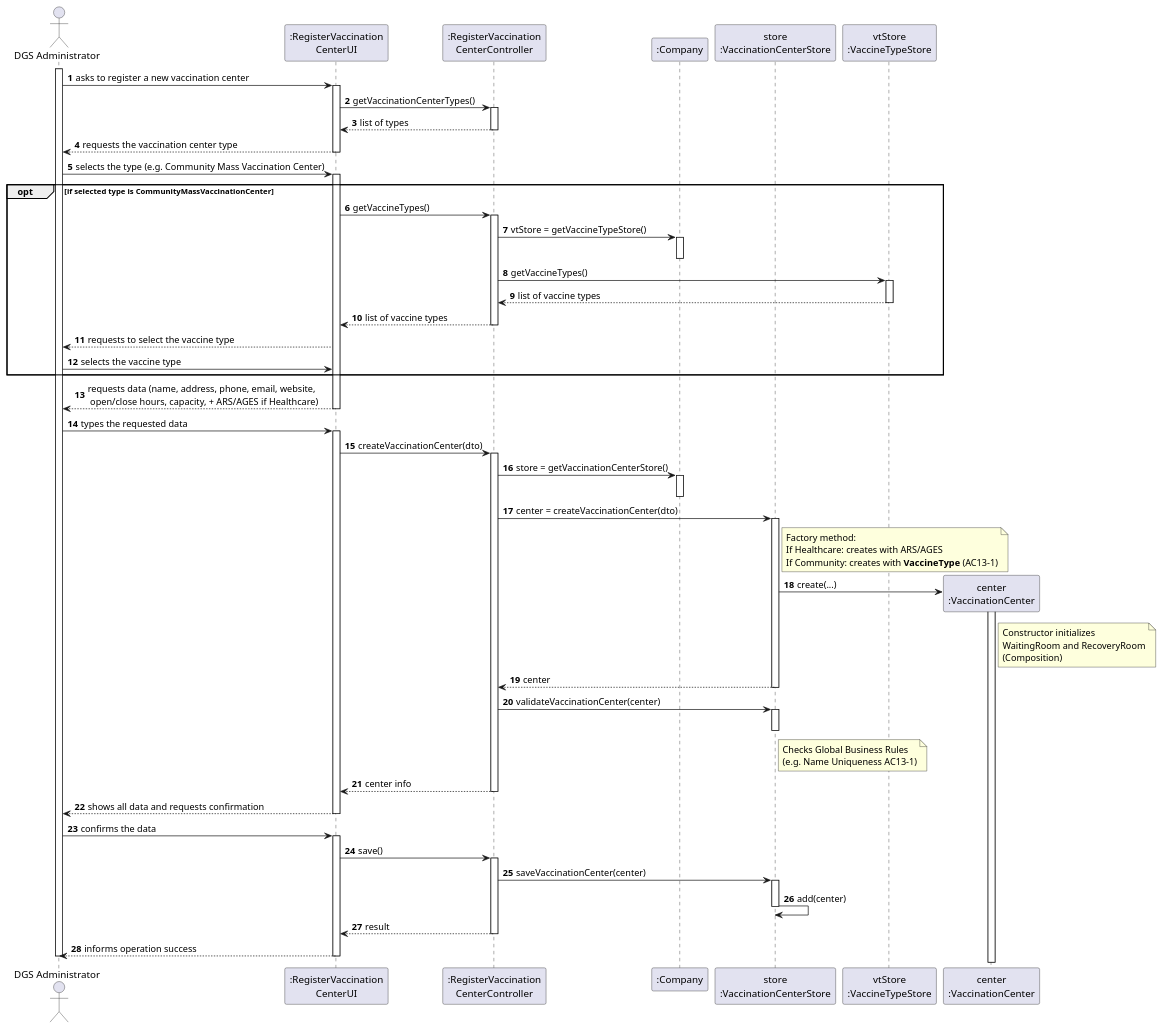
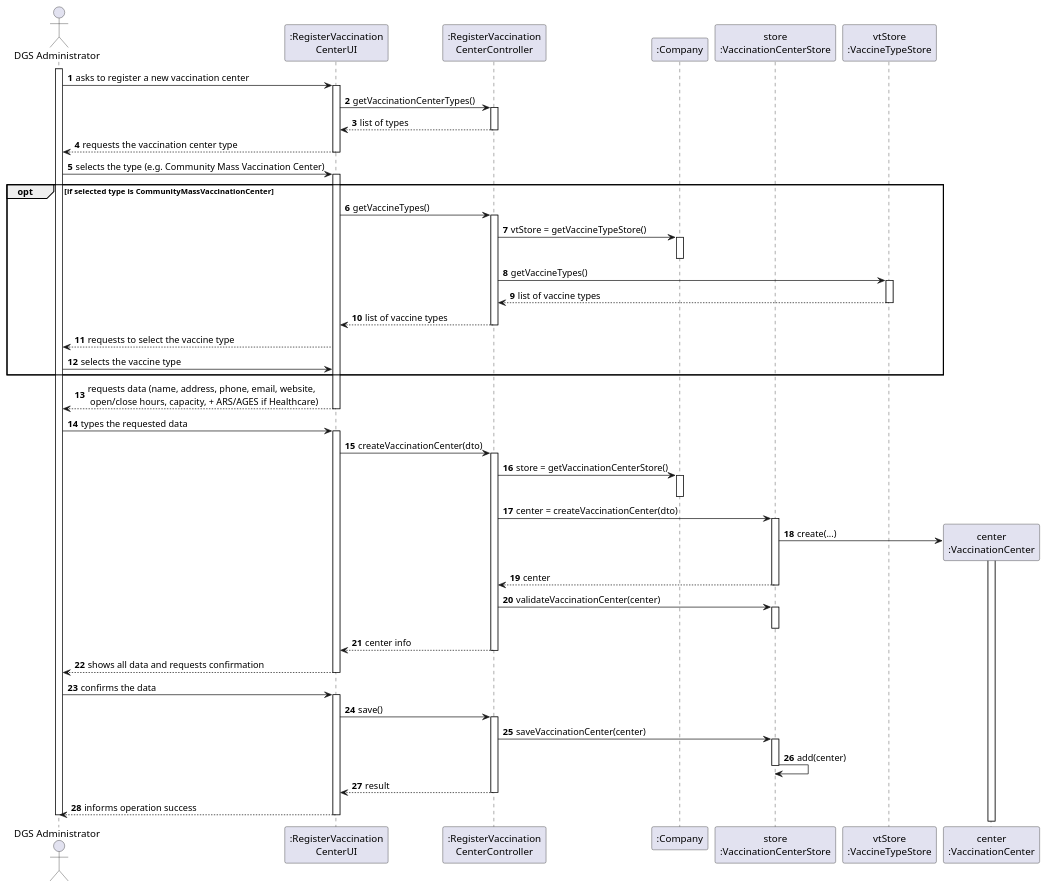
The diagram in project-template/docs/sprint3/US13/puml/US13-SD.puml (afonso51111/leti-esoft-25-26-A33), drawn with PlantUML before and after one commit. The commit also changed 36 other files, not shown here.

```diff
--- a/project-template/docs/sprint3/US13/puml/US13-SD.puml
+++ b/project-template/docs/sprint3/US13/puml/US13-SD.puml
@@ -1,111 +1,96 @@
 @startuml
 autonumber
 actor "DGS Administrator" as Admin
 participant ":RegisterVaccination\nCenterUI" as UI
 participant ":RegisterVaccination\nCenterController" as CTRL
 participant ":Company" as CMP
 participant "store\n:VaccinationCenterStore" as STORE
 participant "vtStore\n:VaccineTypeStore" as VTSTORE
 participant "center\n:VaccinationCenter" as CENTER
 
 activate Admin
 Admin -> UI : asks to register a new vaccination center
 activate UI
 
 UI -> CTRL : getVaccinationCenterTypes()
 activate CTRL
 CTRL --> UI : list of types
 deactivate CTRL
 
 UI --> Admin : requests the vaccination center type
 deactivate UI
 
 Admin -> UI : selects the type (e.g. Community Mass Vaccination Center)
 activate UI
 
 opt if selected type is CommunityMassVaccinationCenter
     UI -> CTRL : getVaccineTypes()
     activate CTRL
     CTRL -> CMP : vtStore = getVaccineTypeStore()
     activate CMP
     deactivate CMP
     CTRL -> VTSTORE : getVaccineTypes()
     activate VTSTORE
     VTSTORE --> CTRL : list of vaccine types
     deactivate VTSTORE
     CTRL --> UI : list of vaccine types
     deactivate CTRL
 
     UI --> Admin : requests to select the vaccine type
     Admin -> UI : selects the vaccine type
 end
 
 UI --> Admin : requests data (name, address, phone, email, website,\n open/close hours, capacity, + ARS/AGES if Healthcare)
 deactivate UI
 
 Admin -> UI : types the requested data
 activate UI
 
 UI -> CTRL : createVaccinationCenter(dto)
 activate CTRL
 
 CTRL -> CMP : store = getVaccinationCenterStore()
 activate CMP
 deactivate CMP
 
 CTRL -> STORE : center = createVaccinationCenter(dto)
 activate STORE
 
-    note right of STORE
-        Factory method:
-        If Healthcare: creates with ARS/AGES
-        If Community: creates with **VaccineType** (AC13-1)
-    end note
+create CENTER
+STORE -> CENTER : create(...)
 
-    create CENTER
-    STORE -> CENTER : create(...)
-
-    activate CENTER
-        note right of CENTER
-            Constructor initializes
-            WaitingRoom and RecoveryRoom
-            (Composition)
-        end note
-    deactivate CENTER
+activate CENTER
+deactivate CENTER
 
 STORE --> CTRL : center
 deactivate STORE
 
 CTRL -> STORE : validateVaccinationCenter(center)
 activate STORE
-    note right of STORE
-        Checks Global Business Rules
-        (e.g. Name Uniqueness AC13-1)
-    end note
 deactivate STORE
 
 CTRL --> UI : center info
 deactivate CTRL
 
 UI --> Admin : shows all data and requests confirmation
 deactivate UI
 
 Admin -> UI : confirms the data
 activate UI
 
 UI -> CTRL : save()
 activate CTRL
 
 CTRL -> STORE : saveVaccinationCenter(center)
 activate STORE
     STORE -> STORE : add(center)
 deactivate STORE
 
 CTRL --> UI : result
 deactivate CTRL
 
 UI --> Admin : informs operation success
 deactivate UI
 deactivate Admin
 
 @enduml
```
